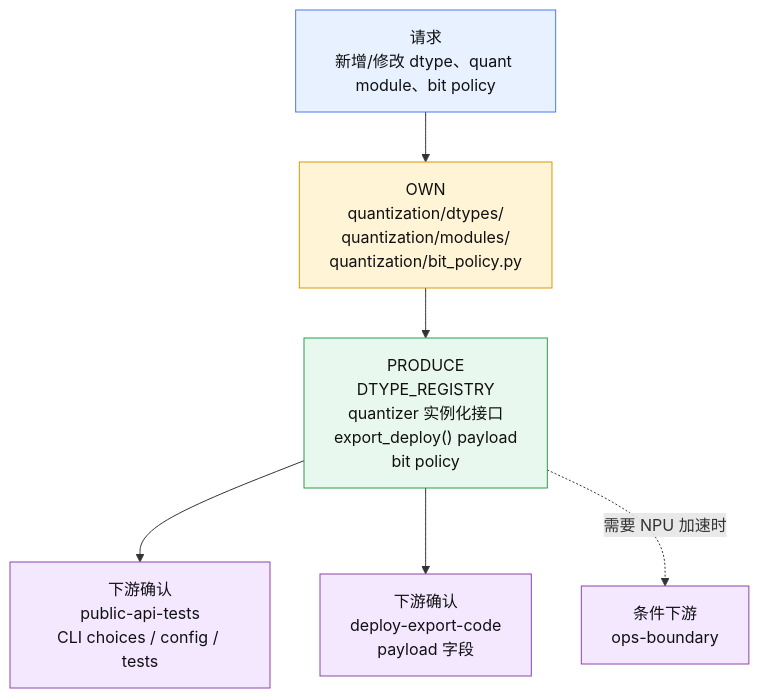
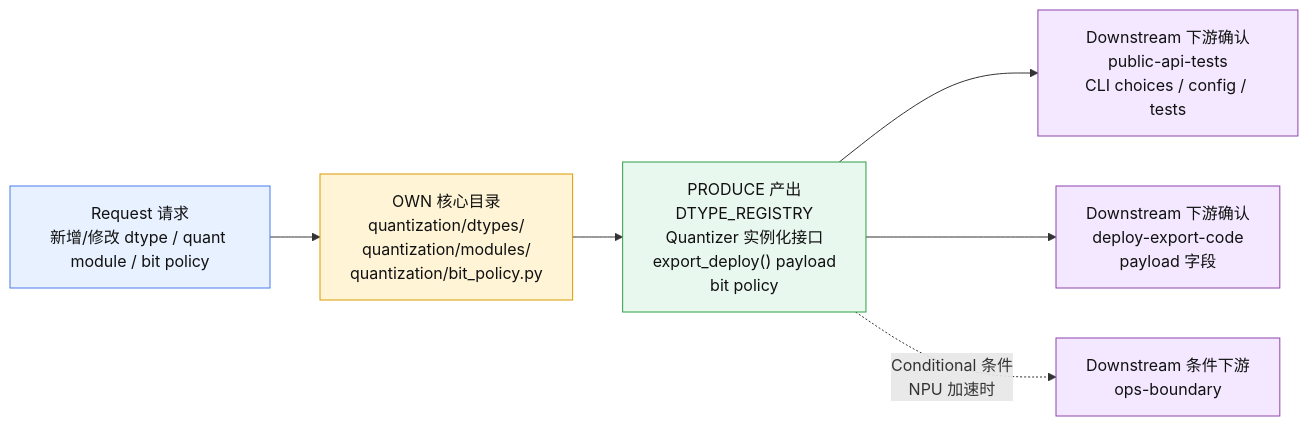
Before and after one commit to Atlas-Ascend-Fork/amct: the third of 11 diagrams in .agents/docs/amct-coder-module-analysis.md, drawn with Mermaid. The commit also changed other lines of this file, not shown here.

````diff
--- a/.agents/docs/amct-coder-module-analysis.md
+++ b/.agents/docs/amct-coder-module-analysis.md
@@ -108,17 +154,17 @@
 ```mermaid
-flowchart TB
-    A["请求<br/>新增/修改 dtype、quant module、bit policy"] --> B["OWN<br/>quantization/dtypes/<br/>quantization/modules/<br/>quantization/bit_policy.py"]
-    B --> C["PRODUCE<br/>DTYPE_REGISTRY<br/>quantizer 实例化接口<br/>export_deploy() payload<br/>bit policy"]
-    C --> D["下游确认<br/>public-api-tests<br/>CLI choices / config / tests"]
-    C --> E["下游确认<br/>deploy-export-code<br/>payload 字段"]
-    C -. "需要 NPU 加速时" .-> F["条件下游<br/>ops-boundary"]
+flowchart LR
+    A["Request 请求<br/>新增/修改 dtype / quant module / bit policy"] --> B["OWN 核心目录<br/>quantization/dtypes/<br/>quantization/modules/<br/>quantization/bit_policy.py"]
+    B --> C["PRODUCE 产出<br/>DTYPE_REGISTRY<br/>Quantizer 实例化接口<br/>export_deploy() payload<br/>bit policy"]
+    C --> D["Downstream 下游确认<br/>public-api-tests<br/>CLI choices / config / tests"]
+    C --> E["Downstream 下游确认<br/>deploy-export-code<br/>payload 字段"]
+    C -. "Conditional 条件<br/>NPU 加速时" .-> F["Downstream 条件下游<br/>ops-boundary"]
 
     classDef entry fill:#e8f1ff,stroke:#4b7bec,stroke-width:1px,color:#111;
     classDef core fill:#fff4d6,stroke:#d99a00,stroke-width:1px,color:#111;
     classDef data fill:#e9f8ef,stroke:#2f9e44,stroke-width:1px,color:#111;
     classDef out fill:#f3e8ff,stroke:#8e44ad,stroke-width:1px,color:#111;
     class A entry;
     class B core;
     class C data;
     class D,E,F out;
 ```
````
